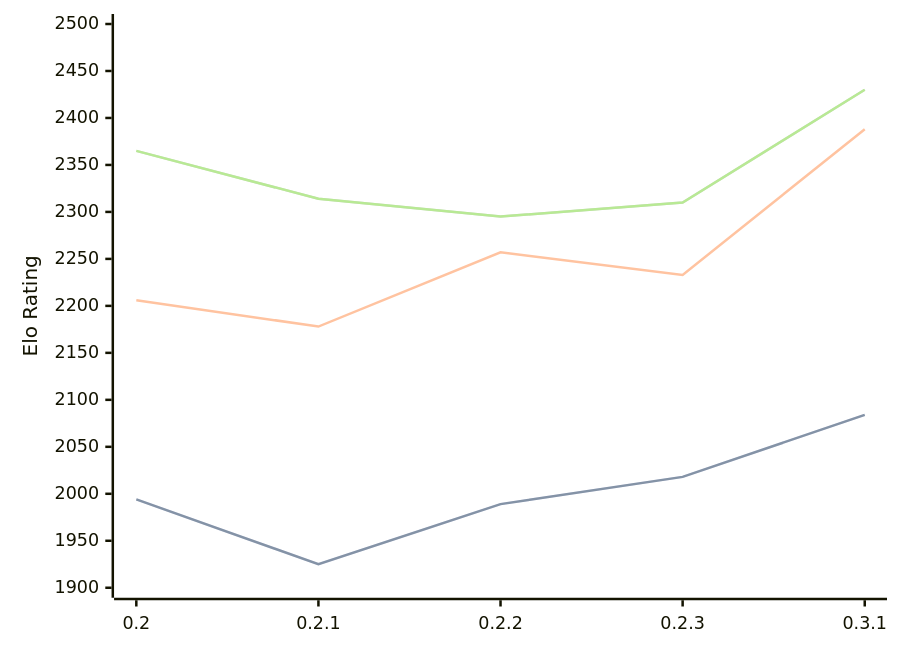
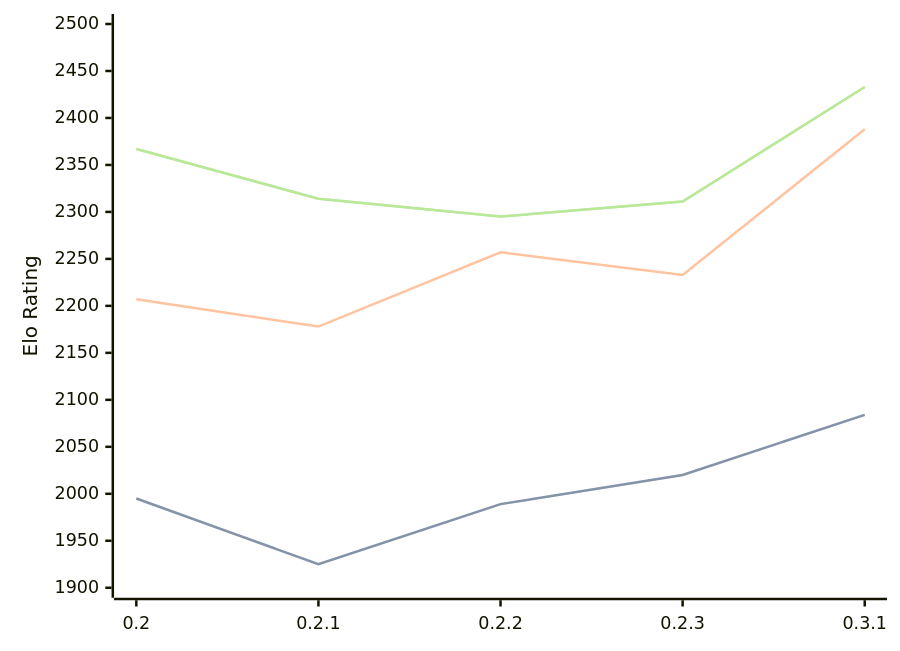
Before and after one commit to computer-chess-index/cci: the diagram in engines/Lolbot.md, drawn with Mermaid. The commit also changed other lines of this file, not shown here.

Commit message:
Update CCI Ratings (ELO VLTC) - 2026-05-22

````diff
--- a/engines/Lolbot.md
+++ b/engines/Lolbot.md
@@ -36,11 +36,11 @@
 ```mermaid
 %%{init: {"theme":"base","themeVariables":{"seriesColors:['#a3a3a3','#222221','#faa371']}}}%%
 xychart-beta
   x-axis ["0.2", "0.2.1", "0.2.2", "0.2.3", "0.3.1"]
   y-axis "Elo Rating" 1900 --> 2500
-  line "STC (8.0+0.08s)" [1994, 1925, 1989, 2018, 2084]
-  line "STC (8.0+0.08s)" [1994, 1925, 1989, 2018, 2084]
-  line "LTC (60.0+0.60s)" [2206, 2178, 2257, 2233, 2388]
-  line "VLTC (2m24s+1.12s)" [2365, 2314, 2295, 2310, 2430]
-  line "VLTC (2m24s+1.12s)" [2365, 2314, 2295, 2310, 2430]
+  line "STC (8.0+0.08s)" [1995, 1925, 1989, 2020, 2084]
+  line "STC (8.0+0.08s)" [1995, 1925, 1989, 2020, 2084]
+  line "LTC (60.0+0.60s)" [2207, 2178, 2257, 2233, 2388]
+  line "VLTC (2m24s+1.12s)" [2367, 2314, 2295, 2311, 2433]
+  line "VLTC (2m24s+1.12s)" [2367, 2314, 2295, 2311, 2433]
 ```
````
